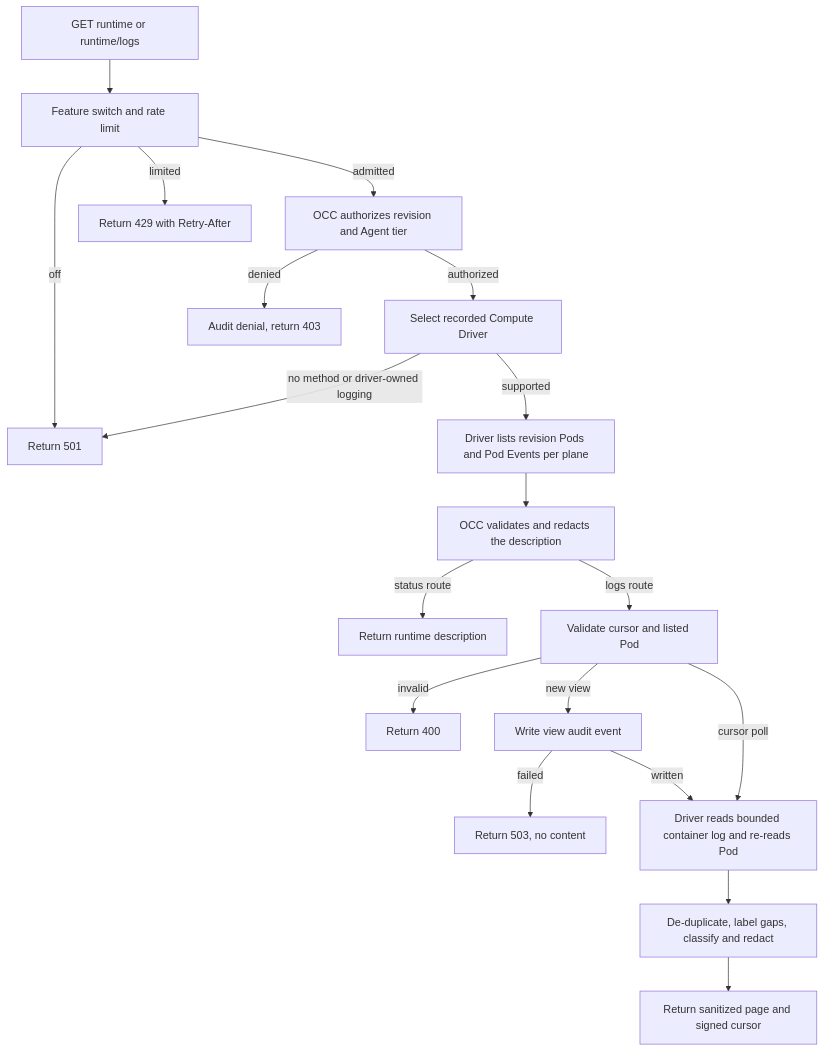
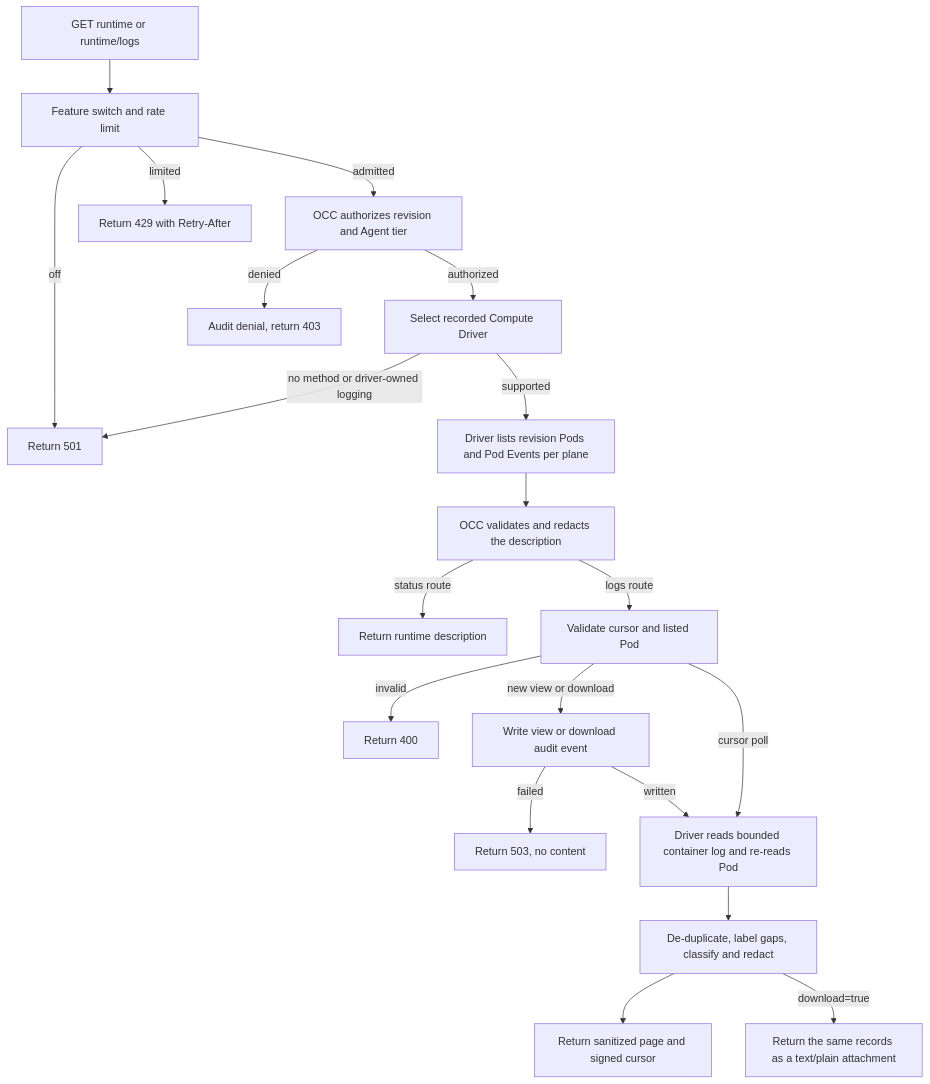
The diagram in docs/flows/agent-runtime-logs.md (IsaiahStapleton/openclaw-enterprise), drawn with Mermaid before and after one commit. The commit also changed other lines of this file and 6 other files, not shown here.

````diff
--- a/docs/flows/agent-runtime-logs.md
+++ b/docs/flows/agent-runtime-logs.md
@@ -31,21 +32,22 @@
 ```mermaid
 graph TD
   A["GET runtime or runtime/logs"] --> B["Feature switch and rate limit"]
   B -->|off| C["Return 501"]
   B -->|limited| D["Return 429 with Retry-After"]
   B -->|admitted| E["OCC authorizes revision and Agent tier"]
   E -->|denied| F["Audit denial, return 403"]
   E -->|authorized| G["Select recorded Compute Driver"]
   G -->|no method or driver-owned logging| C
   G -->|supported| H["Driver lists revision Pods and Pod Events per plane"]
   H --> I["OCC validates and redacts the description"]
   I -->|status route| J["Return runtime description"]
   I -->|logs route| K["Validate cursor and listed Pod"]
   K -->|invalid| L["Return 400"]
-  K -->|new view| M["Write view audit event"]
+  K -->|new view or download| M["Write view or download audit event"]
   M -->|failed| N["Return 503, no content"]
   M -->|written| O["Driver reads bounded container log and re-reads Pod"]
   K -->|cursor poll| O
   O --> P["De-duplicate, label gaps, classify and redact"]
   P --> Q["Return sanitized page and signed cursor"]
+  P -->|download=true| R["Return the same records as a text/plain attachment"]
 ```
````
